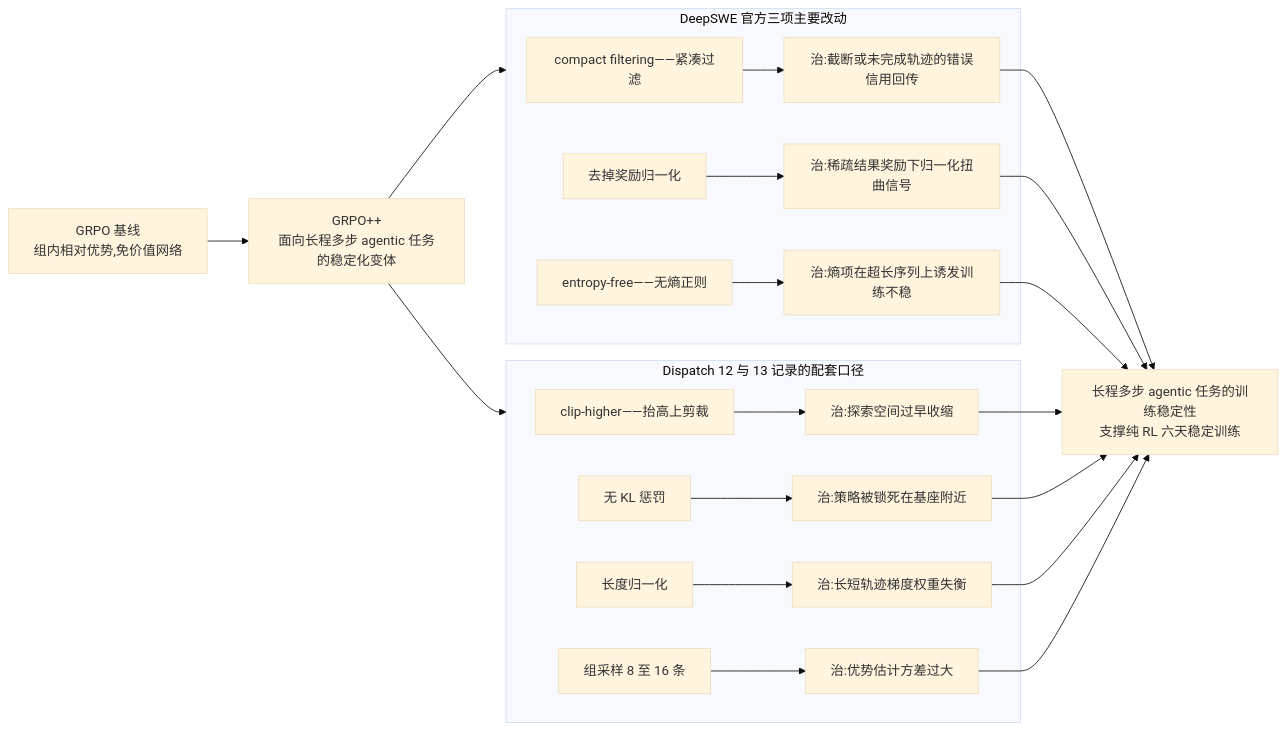
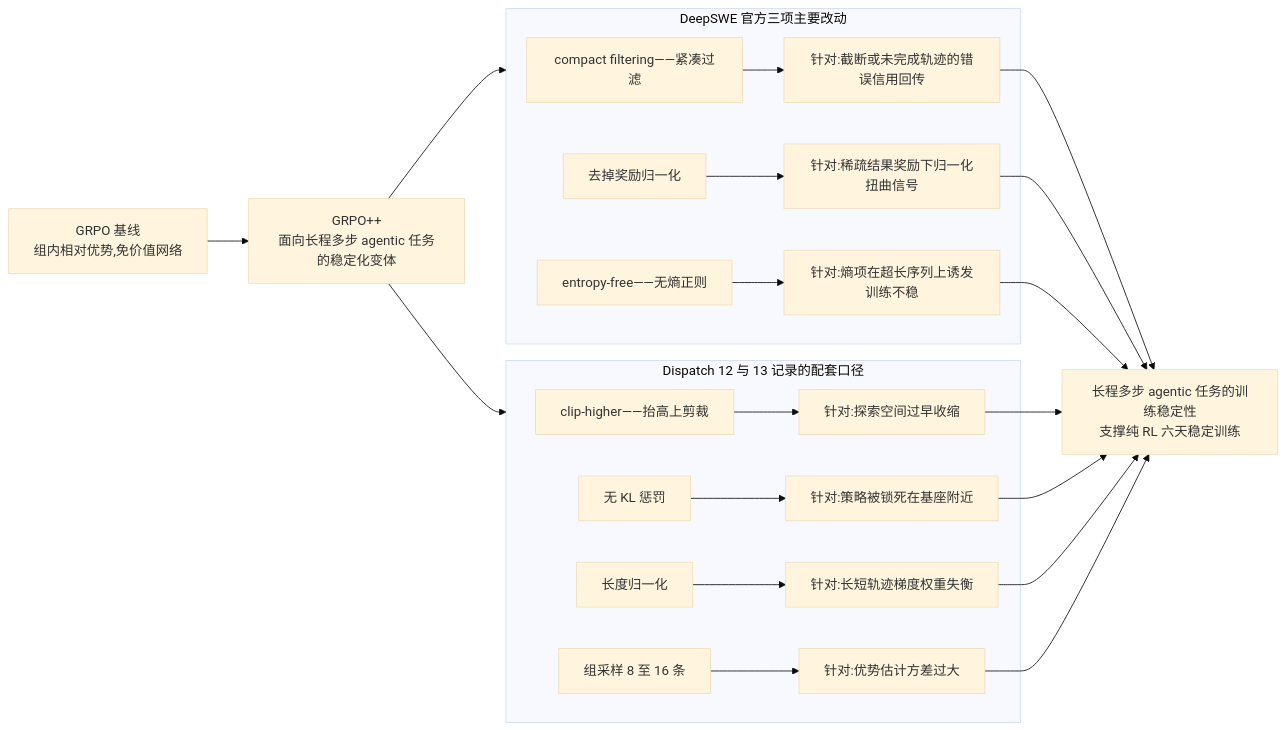
The fourth of 5 diagrams in docs/blog/dispatch-22-deepswe-rllm.md (lloo099/mission44), drawn with Mermaid (base theme) before and after one commit. The commit also changed other lines of this file and 24 other files, not shown here.

Commit message:
全站文风统一:29 篇按'专业简洁、去口语化'标准批量修订 — 确定性替换 100 处(崩法→失稳模式/洼地→空白领域/占坑→公开工作/黑箱→未公开/datatype 动物园→谱系/押注→投入/护城河→竞争壁垒 等)+ 8 个编辑 agent 分批逐句精修(D24 单篇 38 处;两轮均遇用量上限中断后续跑完成)+ blog.json 摘要 6 处 + 综述残留 2 处. 术语全站一致化; 29 文件 mermaid 全验证 0 errors; 快照页同步重建

````diff
--- a/docs/blog/dispatch-22-deepswe-rllm.md
+++ b/docs/blog/dispatch-22-deepswe-rllm.md
@@ -134,27 +134,27 @@
 ```mermaid
 flowchart LR
     G["GRPO 基线<br>组内相对优势,免价值网络"] --> GPP["GRPO++<br>面向长程多步 agentic 任务的稳定化变体"]
 
     subgraph MAIN ["DeepSWE 官方三项主要改动"]
-        M1["compact filtering——紧凑过滤"] --> C1["治:截断或未完成轨迹的错误信用回传"]
-        M2["去掉奖励归一化"] --> C2["治:稀疏结果奖励下归一化扭曲信号"]
-        M3["entropy-free——无熵正则"] --> C3["治:熵项在超长序列上诱发训练不稳"]
+        M1["compact filtering——紧凑过滤"] --> C1["针对:截断或未完成轨迹的错误信用回传"]
+        M2["去掉奖励归一化"] --> C2["针对:稀疏结果奖励下归一化扭曲信号"]
+        M3["entropy-free——无熵正则"] --> C3["针对:熵项在超长序列上诱发训练不稳"]
     end
 
     subgraph EXTRA ["Dispatch 12 与 13 记录的配套口径"]
-        M4["clip-higher——抬高上剪裁"] --> C4["治:探索空间过早收缩"]
-        M5["无 KL 惩罚"] --> C5["治:策略被锁死在基座附近"]
-        M6["长度归一化"] --> C6["治:长短轨迹梯度权重失衡"]
-        M7["组采样 8 至 16 条"] --> C7["治:优势估计方差过大"]
+        M4["clip-higher——抬高上剪裁"] --> C4["针对:探索空间过早收缩"]
+        M5["无 KL 惩罚"] --> C5["针对:策略被锁死在基座附近"]
+        M6["长度归一化"] --> C6["针对:长短轨迹梯度权重失衡"]
+        M7["组采样 8 至 16 条"] --> C7["针对:优势估计方差过大"]
     end
 
     GPP --> MAIN
     GPP --> EXTRA
     C1 --> STAB["长程多步 agentic 任务的训练稳定性<br>支撑纯 RL 六天稳定训练"]
     C2 --> STAB
     C3 --> STAB
     C4 --> STAB
     C5 --> STAB
     C6 --> STAB
     C7 --> STAB
 ```
````
